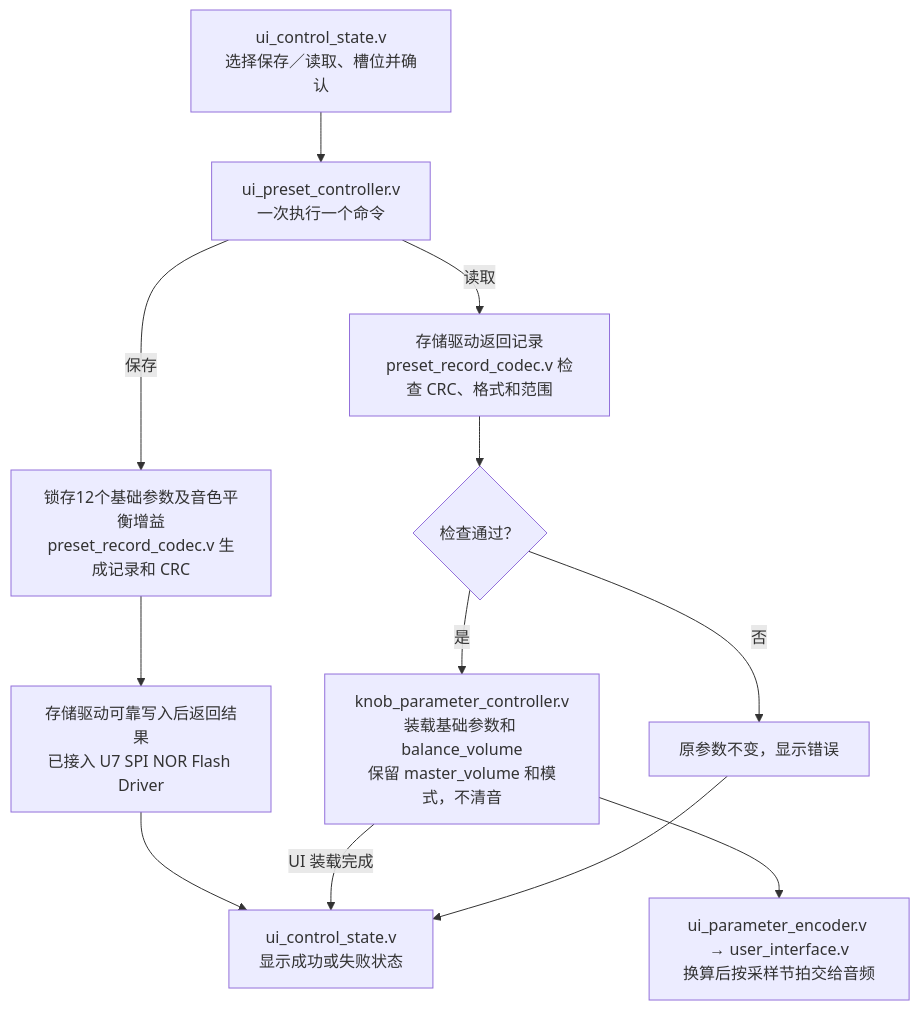
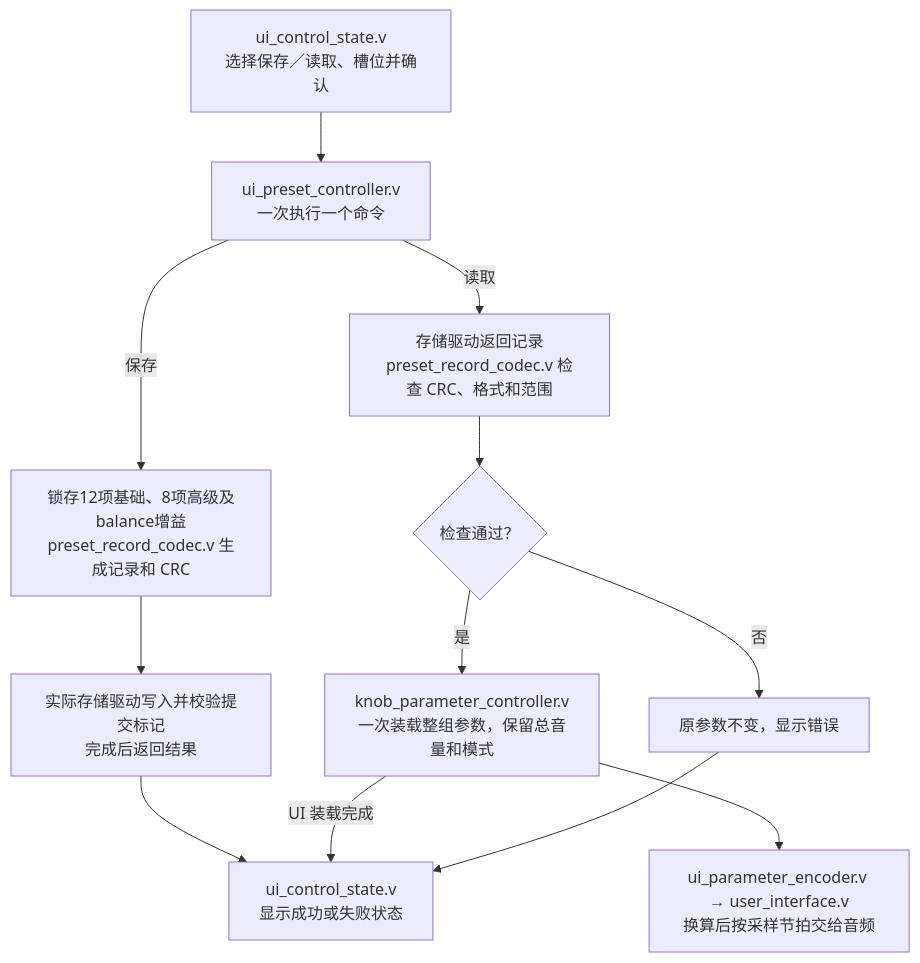
One commit to MaybeThready/MT-EMI changed the third of 3 diagrams in docs/UI模块README.md. Above: the diagram before and after it, drawn with Mermaid. The commit also changed other lines of this file and 55 other files, not shown here.

````diff
--- a/docs/UI模块README.md
+++ b/docs/UI模块README.md
@@ -146,14 +231,14 @@
 ```mermaid
 flowchart TB
     MENU["ui_control_state.v<br/>选择保存／读取、槽位并确认"] --> CTRL["ui_preset_controller.v<br/>一次执行一个命令"]
-    CTRL -->|保存| SAVE["锁存12个基础参数及音色平衡增益<br/>preset_record_codec.v 生成记录和 CRC"]
-    SAVE --> WRITE["存储驱动可靠写入后返回结果<br/>已接入 U7 SPI NOR Flash Driver"]
+    CTRL -->|保存| SAVE["锁存12项基础、8项高级及balance增益<br/>preset_record_codec.v 生成记录和 CRC"]
+    SAVE --> WRITE["实际存储驱动写入并校验提交标记<br/>完成后返回结果"]
     CTRL -->|读取| READ["存储驱动返回记录<br/>preset_record_codec.v 检查 CRC、格式和范围"]
     READ --> CHECK{检查通过？}
-    CHECK -->|是| APPLY["knob_parameter_controller.v<br/>装载基础参数和 balance_volume<br/>保留 master_volume 和模式，不清音"]
+    CHECK -->|是| APPLY["knob_parameter_controller.v<br/>一次装载整组参数，保留总音量和模式"]
     CHECK -->|否| FAIL["原参数不变，显示错误"]
     APPLY --> ENC["ui_parameter_encoder.v → user_interface.v<br/>换算后按采样节拍交给音频"]
     WRITE --> RESULT["ui_control_state.v<br/>显示成功或失败状态"]
     APPLY -->|UI 装载完成| RESULT
     FAIL --> RESULT
 ```
````
